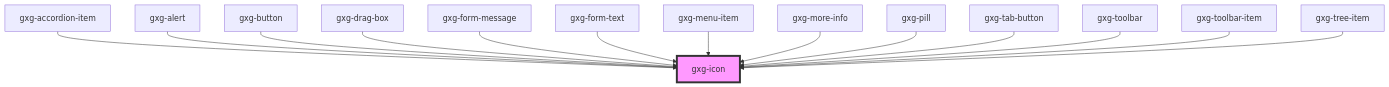
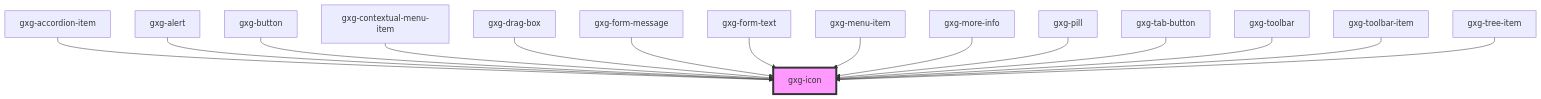
The diagram in src/components/icon/readme.md (genexuslabs/gemini), drawn with Mermaid before and after one commit. The commit also changed other lines of this file and 17 other files, not shown here.

Commit message:
contextual Menu componente

````diff
--- a/src/components/icon/readme.md
+++ b/src/components/icon/readme.md
@@ -34,17 +35,18 @@
 ```mermaid
 graph TD;
   gxg-accordion-item --> gxg-icon
   gxg-alert --> gxg-icon
   gxg-button --> gxg-icon
+  gxg-contextual-menu-item --> gxg-icon
   gxg-drag-box --> gxg-icon
   gxg-form-message --> gxg-icon
   gxg-form-text --> gxg-icon
   gxg-menu-item --> gxg-icon
   gxg-more-info --> gxg-icon
   gxg-pill --> gxg-icon
   gxg-tab-button --> gxg-icon
   gxg-toolbar --> gxg-icon
   gxg-toolbar-item --> gxg-icon
   gxg-tree-item --> gxg-icon
   style gxg-icon fill:#f9f,stroke:#333,stroke-width:4px
 ```
````
